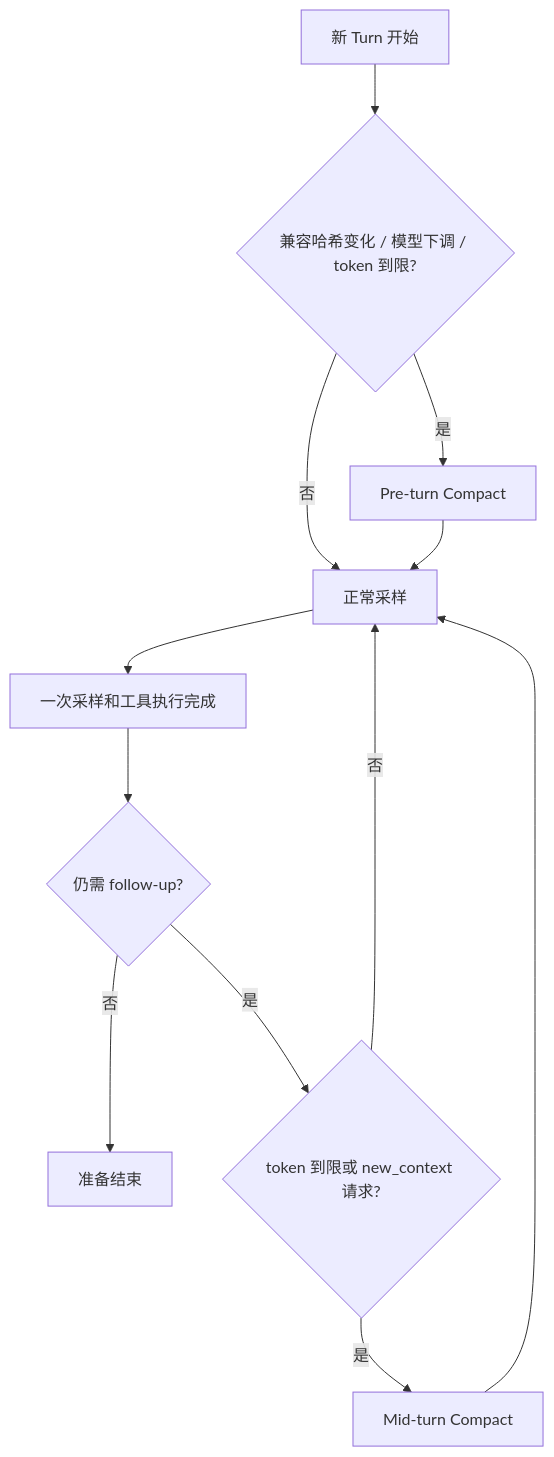
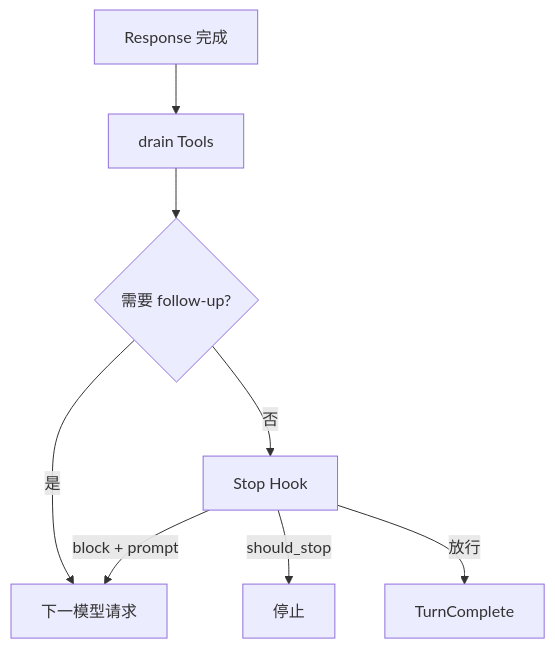
One commit to StagoMax/OpenTopia changed the fifth of 8 diagrams in docs/codex-vs-opentopia-agent-loop-zh-cn.md. Above: the diagram before and after it, drawn with Mermaid. The commit also changed other lines of this file, not shown here.

````diff
--- a/docs/codex-vs-opentopia-agent-loop-zh-cn.md
+++ b/docs/codex-vs-opentopia-agent-loop-zh-cn.md
@@ -281,15 +126,10 @@
 ```mermaid
 flowchart TD
-    A[新 Turn 开始] --> B{兼容哈希变化 / 模型下调 / token 到限?}
-    B -->|是| C[Pre-turn Compact]
-    B -->|否| D[正常采样]
-    C --> D
-
-    D --> E[一次采样和工具执行完成]
-    E --> F{仍需 follow-up?}
-    F -->|否| G[准备结束]
-    F -->|是| H{token 到限或 new_context 请求?}
-    H -->|否| D
-    H -->|是| I[Mid-turn Compact]
-    I --> D
+    A[Response 完成] --> B[drain Tools]
+    B --> C{需要 follow-up?}
+    C -->|是| D[下一模型请求]
+    C -->|否| E[Stop Hook]
+    E -->|block + prompt| D
+    E -->|should_stop| F[停止]
+    E -->|放行| G[TurnComplete]
 ```
````
